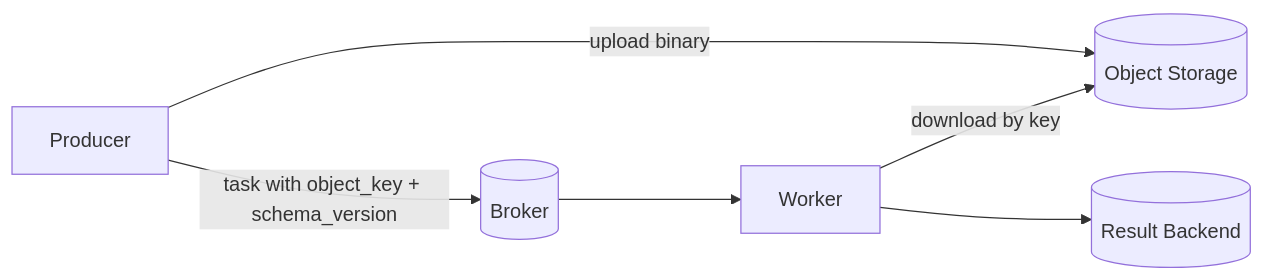
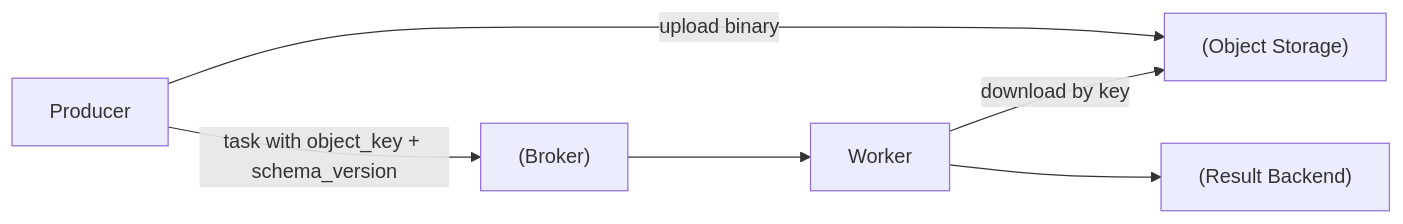
Before and after one commit to DDoSKudya/ai-study-atlas: the diagram in directions/services/celery/pact/24_edge_cases_redkie_scenarii_i_tonkie_mesta/12_24_24_2_ochen_bolshie_payload.md, drawn with Mermaid. The commit also changed 322 other files, not shown here.

Commit message:
fix(docs): make mermaid diagrams GitHub-compatible across directions content

````diff
--- a/directions/services/celery/pact/24_edge_cases_redkie_scenarii_i_tonkie_mesta/12_24_24_2_ochen_bolshie_payload.md
+++ b/directions/services/celery/pact/24_edge_cases_redkie_scenarii_i_tonkie_mesta/12_24_24_2_ochen_bolshie_payload.md
@@ -36,8 +36,8 @@
 ```mermaid
 flowchart LR
-    P[Producer] -->|upload binary| O[(Object Storage)]
-    P -->|task with object_key + schema_version| B[(Broker)]
-    B --> W[Worker]
+    P["Producer"] -->|upload binary| O["(Object Storage)"]
+    P -->|task with object_key + schema_version| B["(Broker)"]
+    B --> W["Worker"]
     W -->|download by key| O
-    W --> R[(Result Backend)]
+    W --> R["(Result Backend)"]
 ```
````
